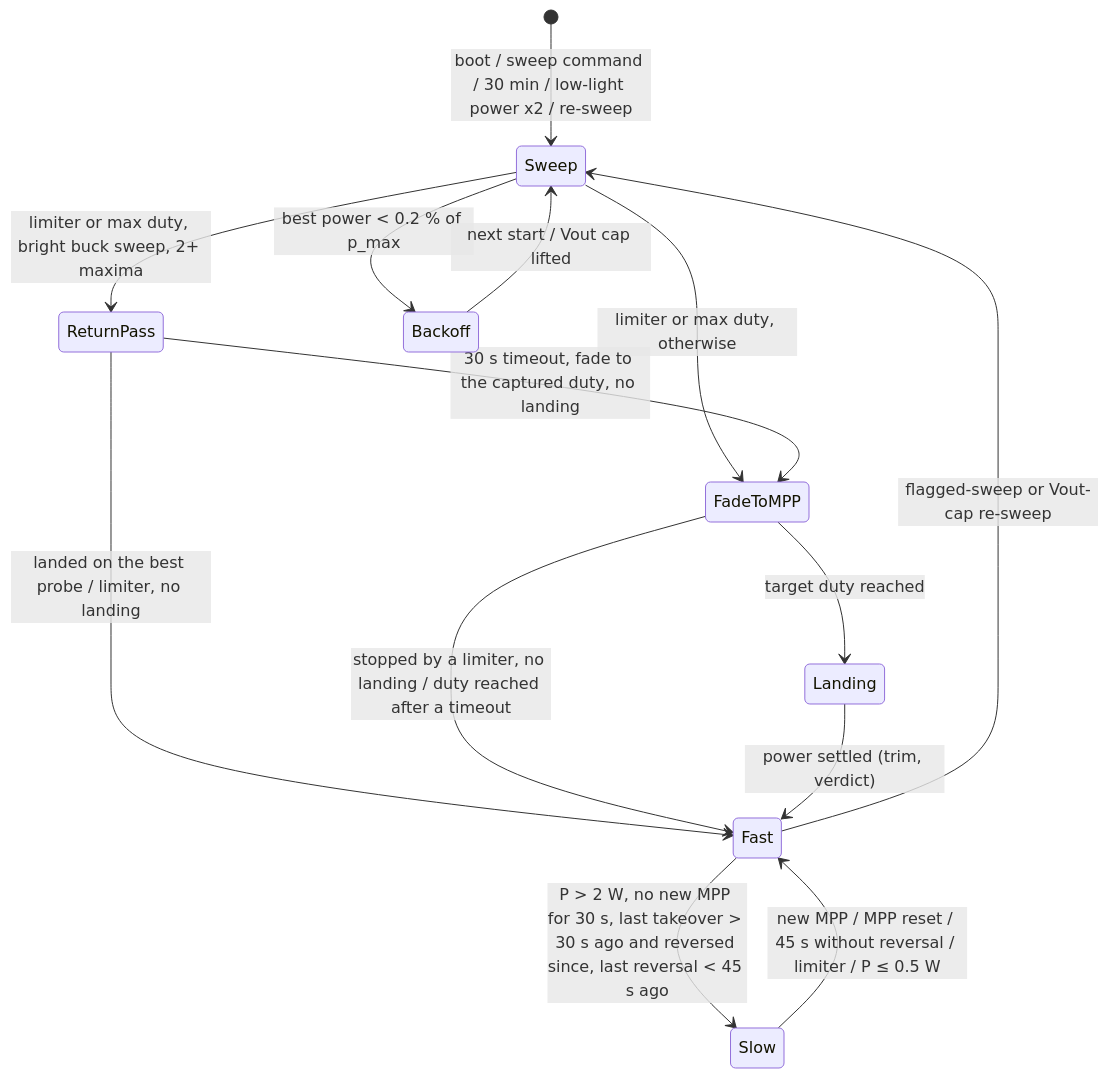
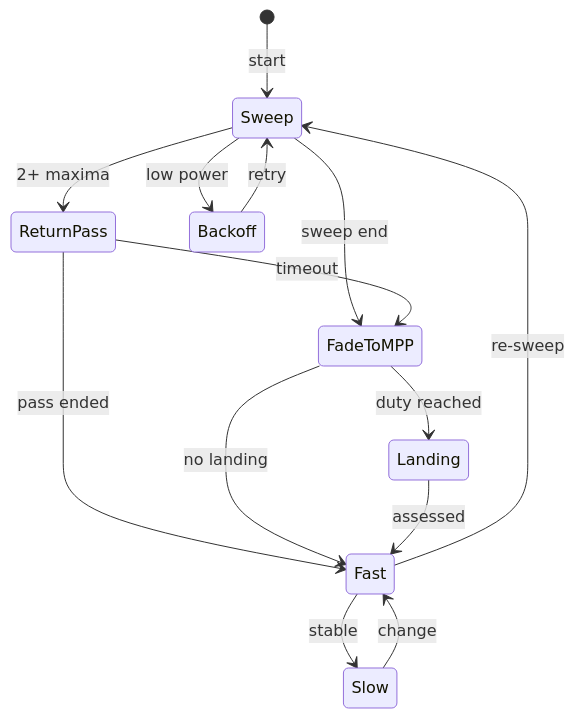
Before and after one commit to fl4p/fugu-mppt-firmware: the first of 2 diagrams in website/docs/internals/mppt-tracker.md, drawn with Mermaid. The commit also changed other lines of this file, not shown here.

Commit message:
docs: MPP tracker state diagram with short edge labels; full conditions in a transition table (return pass needs 2+ maxima above the Vin floor, at most 6; landing also ends on a limiter)

````diff
--- a/website/docs/internals/mppt-tracker.md
+++ b/website/docs/internals/mppt-tracker.md
@@ -38,16 +38,16 @@
 ```mermaid
 stateDiagram-v2
-    [*] --> Sweep: boot / sweep command / 30 min / low-light power x2 / re-sweep
-    Sweep --> ReturnPass: limiter or max duty, bright buck sweep, 2+ maxima
-    Sweep --> FadeToMPP: limiter or max duty, otherwise
-    Sweep --> Backoff: best power < 0.2 % of p_max
-    ReturnPass --> Fast: landed on the best probe / limiter, no landing
-    ReturnPass --> FadeToMPP: 30 s timeout, fade to the captured duty, no landing
-    FadeToMPP --> Landing: target duty reached
-    FadeToMPP --> Fast: stopped by a limiter, no landing / duty reached after a timeout
-    Landing --> Fast: power settled (trim, verdict)
-    Fast --> Slow: P > 2 W, no new MPP for 30 s, last takeover > 30 s ago and reversed since, last reversal < 45 s ago
-    Slow --> Fast: new MPP / MPP reset / 45 s without reversal / limiter / P ≤ 0.5 W
-    Fast --> Sweep: flagged-sweep or Vout-cap re-sweep
-    Backoff --> Sweep: next start / Vout cap lifted
+    [*] --> Sweep: start
+    Sweep --> ReturnPass: 2+ maxima
+    Sweep --> FadeToMPP: sweep end
+    Sweep --> Backoff: low power
+    ReturnPass --> Fast: pass ended
+    ReturnPass --> FadeToMPP: timeout
+    FadeToMPP --> Landing: duty reached
+    FadeToMPP --> Fast: no landing
+    Landing --> Fast: assessed
+    Fast --> Slow: stable
+    Slow --> Fast: change
+    Fast --> Sweep: re-sweep
+    Backoff --> Sweep: retry
 ```
````
